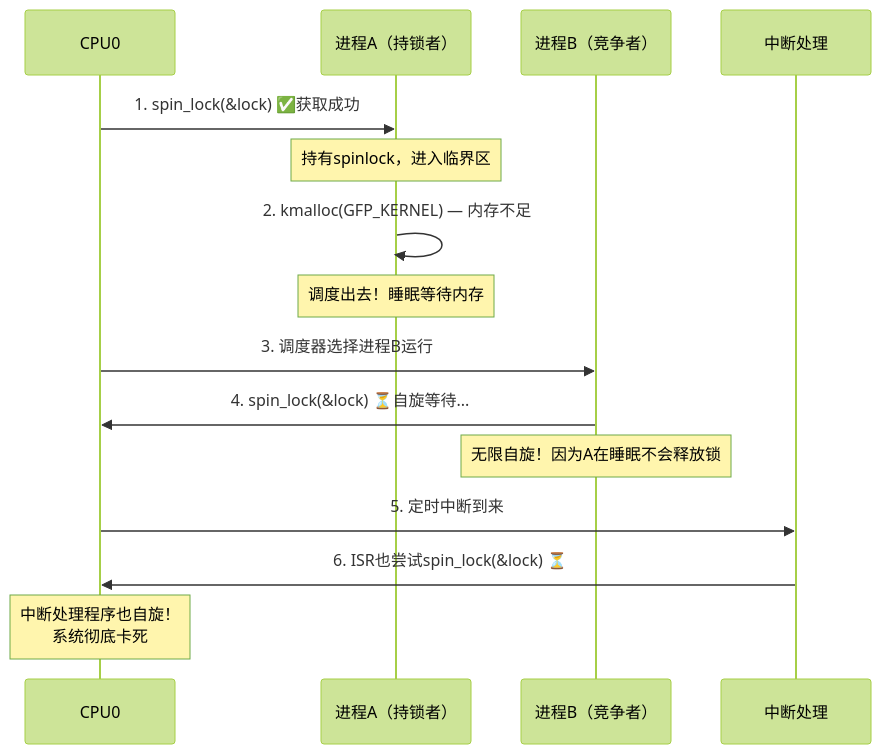
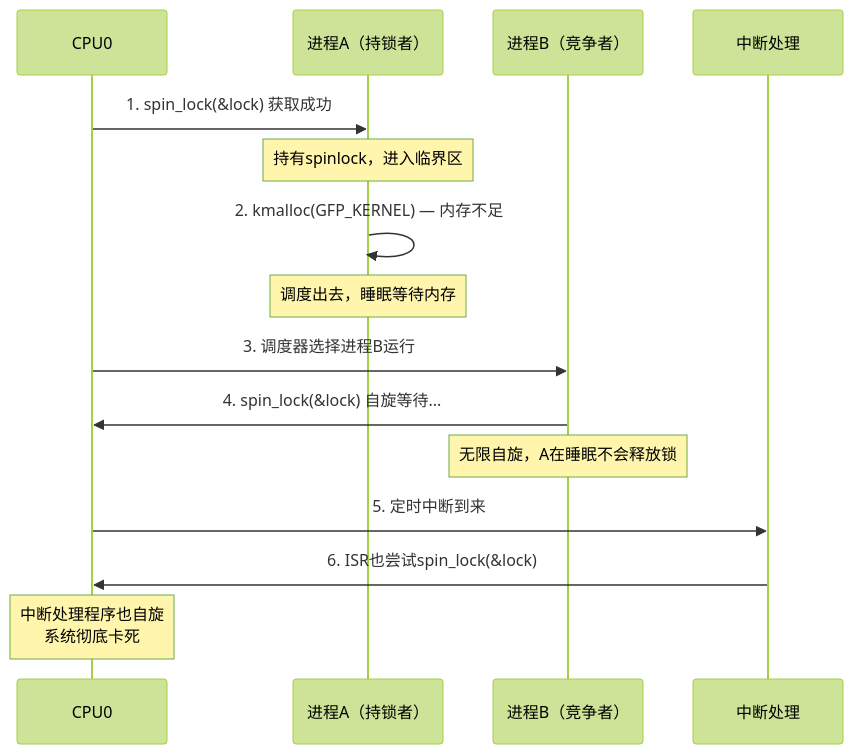
One commit to xiaohong0925/Embedded_Knowledge_System_V2026 changed the diagram in docs/02-核心机制深度解析/第13章 并发与同步/13.2.1_spinlock的实现与变种.md. Above: the diagram before and after it, drawn with Mermaid (forest theme). The commit also changed other lines of this file and 43 other files, not shown here.

````diff
--- a/docs/02-核心机制深度解析/第13章 并发与同步/13.2.1_spinlock的实现与变种.md
+++ b/docs/02-核心机制深度解析/第13章 并发与同步/13.2.1_spinlock的实现与变种.md
@@ -139,18 +154,18 @@
 ```mermaid
 sequenceDiagram
     participant CPU0 as CPU0
     participant A as 进程A（持锁者）
     participant B as 进程B（竞争者）
     participant IRQ as 中断处理
 
-    CPU0->>A: 1. spin_lock(&lock) ✅获取成功
+    CPU0->>A: 1. spin_lock(&lock) 获取成功
     Note over A: 持有spinlock，进入临界区
     A->>A: 2. kmalloc(GFP_KERNEL) — 内存不足
-    Note over A: 调度出去！睡眠等待内存
+    Note over A: 调度出去，睡眠等待内存
     CPU0->>B: 3. 调度器选择进程B运行
-    B->>CPU0: 4. spin_lock(&lock) ⏳自旋等待...
-    Note over B: 无限自旋！因为A在睡眠不会释放锁
+    B->>CPU0: 4. spin_lock(&lock) 自旋等待...
+    Note over B: 无限自旋，A在睡眠不会释放锁
     CPU0->>IRQ: 5. 定时中断到来
-    IRQ->>CPU0: 6. ISR也尝试spin_lock(&lock) ⏳
-    Note over CPU0: 中断处理程序也自旋！<br>系统彻底卡死
+    IRQ->>CPU0: 6. ISR也尝试spin_lock(&lock)
+    Note over CPU0: 中断处理程序也自旋<br>系统彻底卡死
 ```
````
